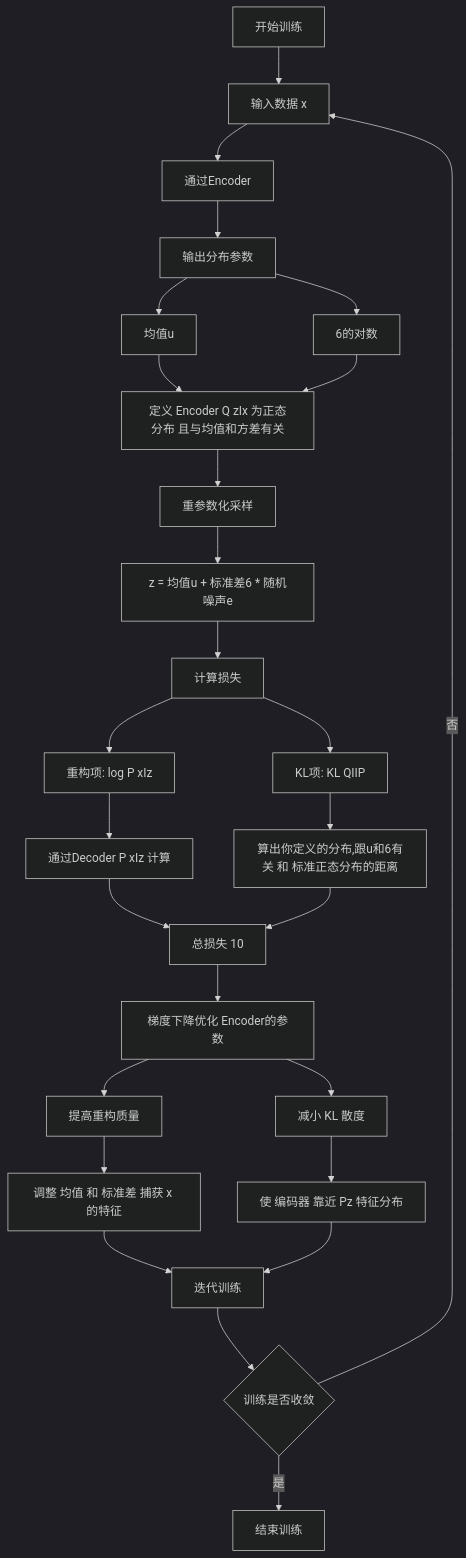
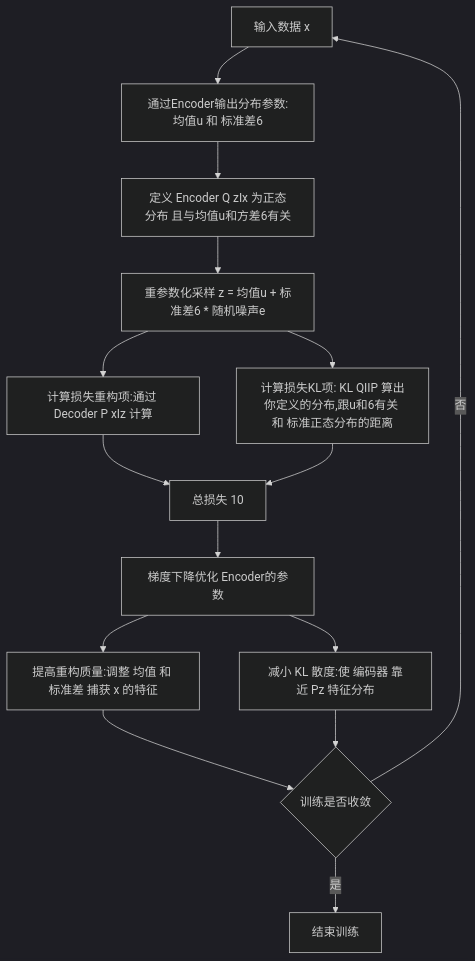
Before and after one commit to kuailefengnan2024/DyVault: the first of 2 diagrams in Notes/DeepLearn/DeepLearn.md, drawn with Mermaid (dark theme). The commit also changed other lines of this file and 1 other file, not shown here.

````diff
--- a/Notes/DeepLearn/DeepLearn.md
+++ b/Notes/DeepLearn/DeepLearn.md
@@ -8,29 +8,17 @@
 ```mermaid
-graph TD  
-    A[开始训练] --> B[输入数据 x]  
-    B --> C[通过Encoder]  
-    C --> D[输出分布参数]  
-    D --> E[均值u]  
-    D --> F[6的对数]  
-    E --> G[定义 Encoder Q zIx 为正态分布 且与均值和方差有关]  
-    F --> G  
-    G --> H[重参数化采样]  
-    H --> I[z = 均值u + 标准差6 * 随机噪声e]  
-    I --> J[计算损失]  
-    J --> K[重构项: log P xIz]  
-    J --> L[KL项: KL QIIP]  
-    K --> M[通过Decoder P xIz 计算]  
-    L --> N[算出你定义的分布,跟u和6有关 和 标准正态分布的距离]  
-    M --> O[总损失 10]  
-    N --> O  
+graph TD 
+    B[输入数据 x] --> D[通过Encoder输出分布参数:均值u 和 标准差6]  
+    D --> G[定义 Encoder Q zIx 为正态分布 且与均值u和方差6有关]  
+    G --> I[重参数化采样 z = 均值u + 标准差6 * 随机噪声e]  
+    I --> K[计算损失重构项:通过 Decoder P xIz 计算]  
+    I --> L[计算损失KL项: KL QIIP 算出你定义的分布,跟u和6有关 和 标准正态分布的距离]  
+    K --> O
+    L --> O[总损失 10]  
     O --> P[梯度下降优化 Encoder的参数]  
-    P --> Q[提高重构质量]  
-    P --> R[减小 KL 散度]  
-    Q --> S[调整 均值 和 标准差 捕获 x 的特征]  
-    R --> T[使 编码器 靠近 Pz 特征分布]  
-    S --> U[迭代训练]  
-    T --> U  
-    U --> V{训练是否收敛}  
+    P --> Q[提高重构质量:调整 均值 和 标准差 捕获 x 的特征]  
+    P --> R[减小 KL 散度:使 编码器 靠近 Pz 特征分布]  
+    Q --> V
+    R --> V{训练是否收敛}  
     V --> |否| B
     V --> |是| W[结束训练]
 ```
````
